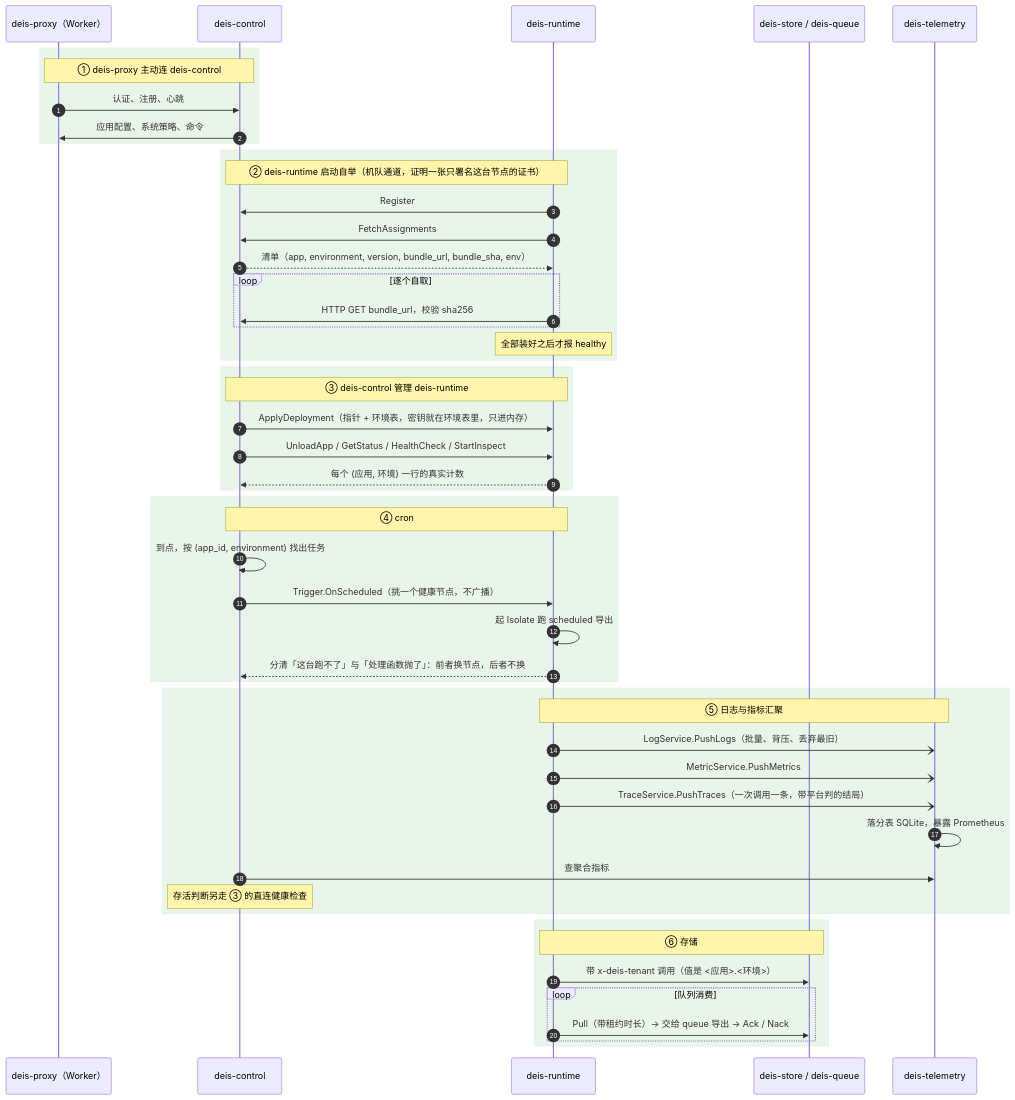
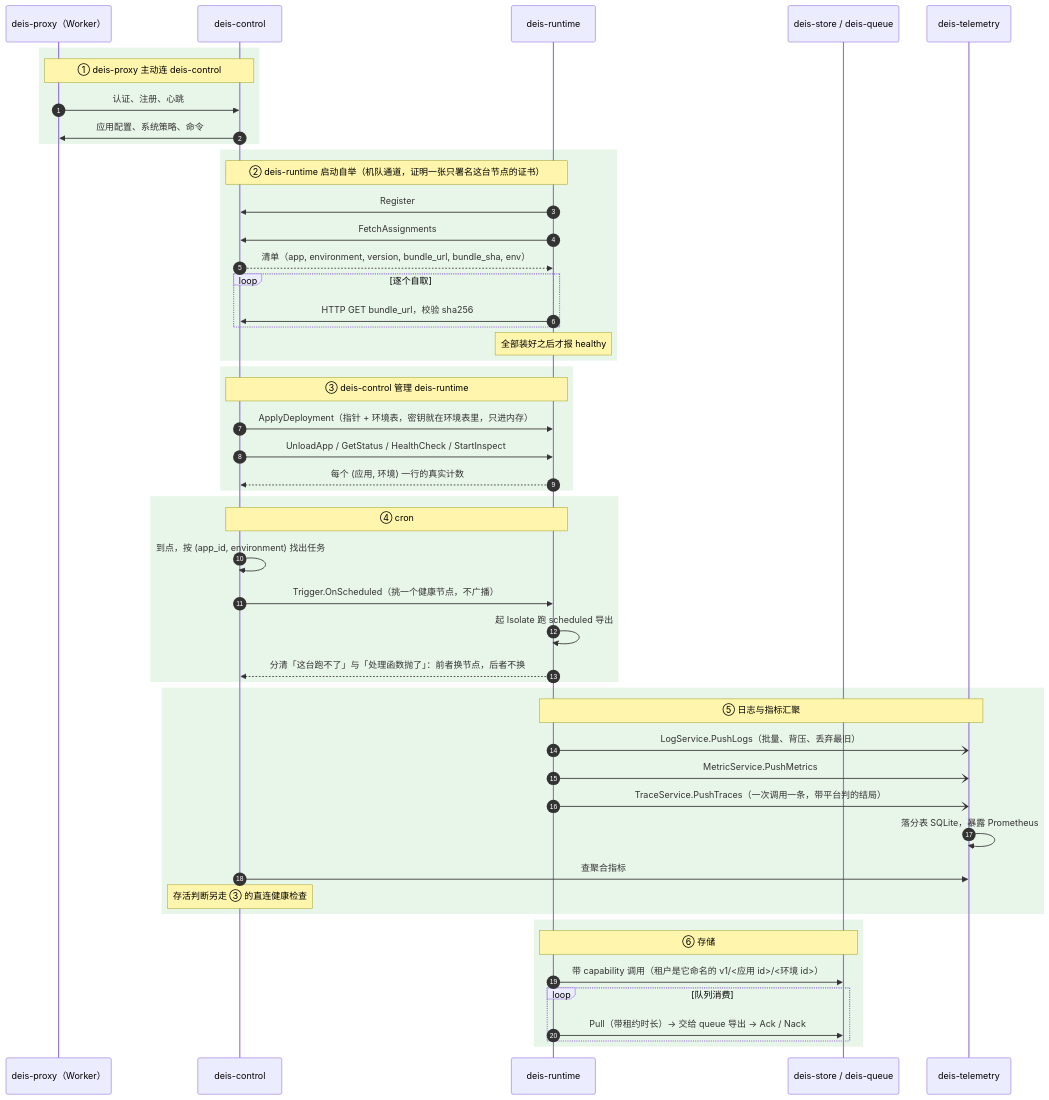
One commit to deislet/deislet changed the fifth of 6 diagrams in docs/architecture.zh.md. Above: the diagram before and after it, drawn with Mermaid. The commit also changed other lines of this file and 76 other files, not shown here.

````diff
--- a/docs/architecture.zh.md
+++ b/docs/architecture.zh.md
@@ -387,59 +387,59 @@
 ```mermaid
 sequenceDiagram
     autonumber
     participant F as deis-proxy（Worker）
     participant R as deis-control
     participant X as deis-runtime
     participant D as deis-store / deis-queue
     participant L as deis-telemetry
 
     rect rgb(232, 245, 233)
     Note over F,R: ① deis-proxy 主动连 deis-control
     F->>R: 认证、注册、心跳
     R->>F: 应用配置、系统策略、命令
     end
 
     rect rgb(232, 245, 233)
     Note over X,R: ② deis-runtime 启动自举（机队通道，证明一张只署名这台节点的证书）
     X->>R: Register
     X->>R: FetchAssignments
     R-->>X: 清单（app, environment, version, bundle_url, bundle_sha, env）
     loop 逐个自取
         X->>R: HTTP GET bundle_url，校验 sha256
     end
     Note over X: 全部装好之后才报 healthy
     end
 
     rect rgb(232, 245, 233)
     Note over R,X: ③ deis-control 管理 deis-runtime
     R->>X: ApplyDeployment（指针 + 环境表，密钥就在环境表里，只进内存）
     R->>X: UnloadApp / GetStatus / HealthCheck / StartInspect
     X-->>R: 每个 (应用, 环境) 一行的真实计数
     end
 
     rect rgb(232, 245, 233)
     Note over R,X: ④ cron
     R->>R: 到点，按 (app_id, environment) 找出任务
     R->>X: Trigger.OnScheduled（挑一个健康节点，不广播）
     X->>X: 起 Isolate 跑 scheduled 导出
     X-->>R: 分清「这台跑不了」与「处理函数抛了」：前者换节点，后者不换
     end
 
     rect rgb(232, 245, 233)
     Note over X,L: ⑤ 日志与指标汇聚
     X-)L: LogService.PushLogs（批量、背压、丢弃最旧）
     X-)L: MetricService.PushMetrics
     X-)L: TraceService.PushTraces（一次调用一条，带平台判的结局）
     L->>L: 落分表 SQLite，暴露 Prometheus
     R->>L: 查聚合指标
     Note over R: 存活判断另走 ③ 的直连健康检查
     end
 
     rect rgb(232, 245, 233)
     Note over X,D: ⑥ 存储
-    X->>D: 带 x-deis-tenant 调用（值是 <应用>.<环境>）
+    X->>D: 带 capability 调用（租户是它命名的 v1/<应用 id>/<环境 id>）
     loop 队列消费
         X->>D: Pull（带租约时长）→ 交给 queue 导出 → Ack / Nack
     end
     end
 ```
````
